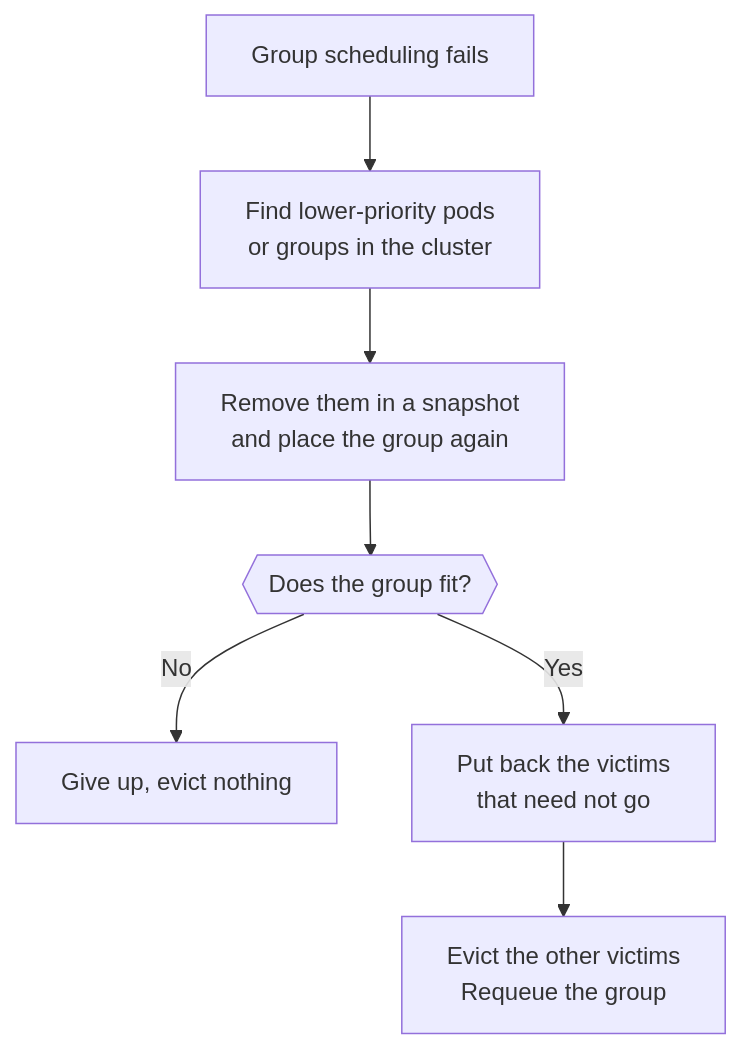
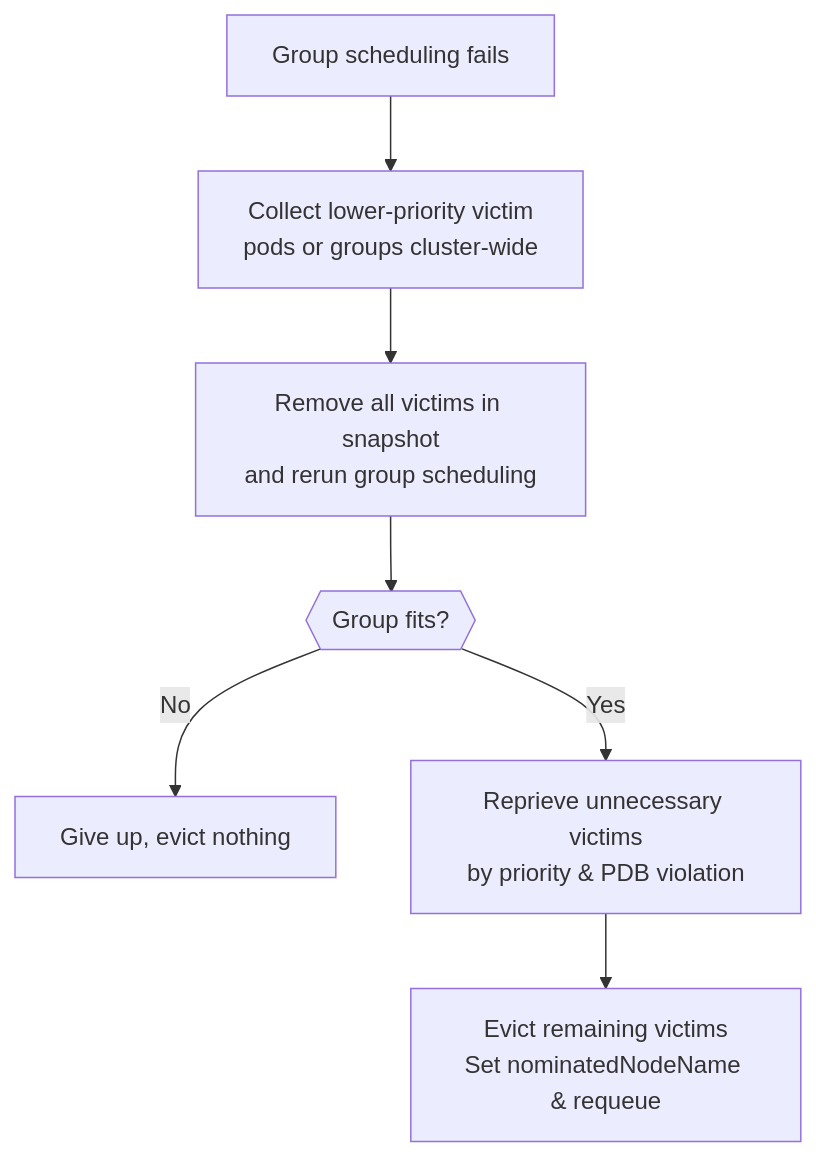
One commit to JesseStutler/volcano changed the eighth of 11 diagrams in docs/research/k8s-workload-aware-scheduling-vs-volcano.md. Above: the diagram before and after it, drawn with Mermaid. The commit also changed other lines of this file and 1 other file, not shown here.

````diff
--- a/docs/research/k8s-workload-aware-scheduling-vs-volcano.md
+++ b/docs/research/k8s-workload-aware-scheduling-vs-volcano.md
@@ -456,9 +375,9 @@
 ```mermaid
 flowchart TD
-    A["Group scheduling fails"] --> B["Find lower-priority pods<br/>or groups in the cluster"]
-    B --> C["Remove them in a snapshot<br/>and place the group again"]
-    C --> D{{"Does the group fit?"}}
+    A["Group scheduling fails"] --> B["Collect lower-priority victim<br/>pods or groups cluster-wide"]
+    B --> C["Remove all victims in snapshot<br/>and rerun group scheduling"]
+    C --> D{{"Group fits?"}}
     D -- No --> E["Give up, evict nothing"]
-    D -- Yes --> F["Put back the victims<br/>that need not go"]
-    F --> G["Evict the other victims<br/>Requeue the group"]
+    D -- Yes --> F["Reprieve unnecessary victims<br/>by priority & PDB violation"]
+    F --> G["Evict remaining victims<br/>Set nominatedNodeName & requeue"]
 ```
````
